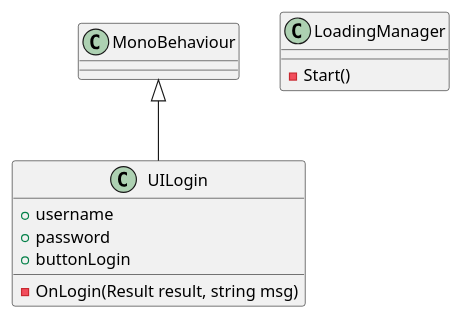
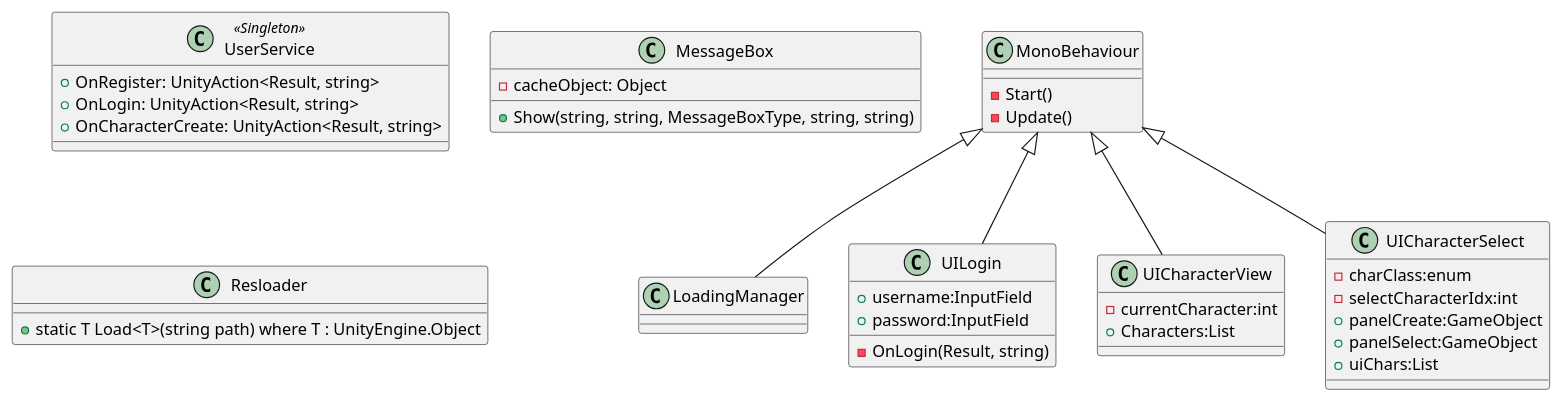
Before and after one commit to mkitto/mmo-1: the diagram in ExtremeWorld/uml/client_cls.puml, drawn with PlantUML. The commit also changed 2 other files, not shown here.

Commit message:
角色选择时序图；类图补充

```diff
--- a/ExtremeWorld/uml/client_cls.puml
+++ b/ExtremeWorld/uml/client_cls.puml
@@ -1,20 +1,50 @@
 @startuml
 
+class UserService<<Singleton>>{
+    +OnRegister: UnityAction<Result, string>
+    +OnLogin: UnityAction<Result, string>
+    +OnCharacterCreate: UnityAction<Result, string>
+}
+
 class MonoBehaviour{
+     -Start()
+     -Update()
 }
 
 class LoadingManager{
-    -Start()
+}
+
+class UILogin{
+    +username:InputField
+    +password:InputField
+    -OnLogin(Result, string)
+}
+
+class UICharacterView{
+    -currentCharacter:int
+    +Characters:List
+}
+
+class UICharacterSelect{
+    -charClass:enum
+    -selectCharacterIdx:int
+    +panelCreate:GameObject
+    +panelSelect:GameObject
+    +uiChars:List
 
 }
 
-class UILogin{
-    +username
-    +password
-    +buttonLogin
-    -OnLogin(Result result, string msg)
+class MessageBox{
+    -cacheObject: Object
+    +Show(string, string, MessageBoxType, string, string)
+}
+
+class Resloader{
+    +static T Load<T>(string path) where T : UnityEngine.Object
 }
 
 MonoBehaviour <|-- UILogin
-
+MonoBehaviour <|-- UICharacterView
+MonoBehaviour <|-- UICharacterSelect
+MonoBehaviour <|-- LoadingManager
 @enduml
```
